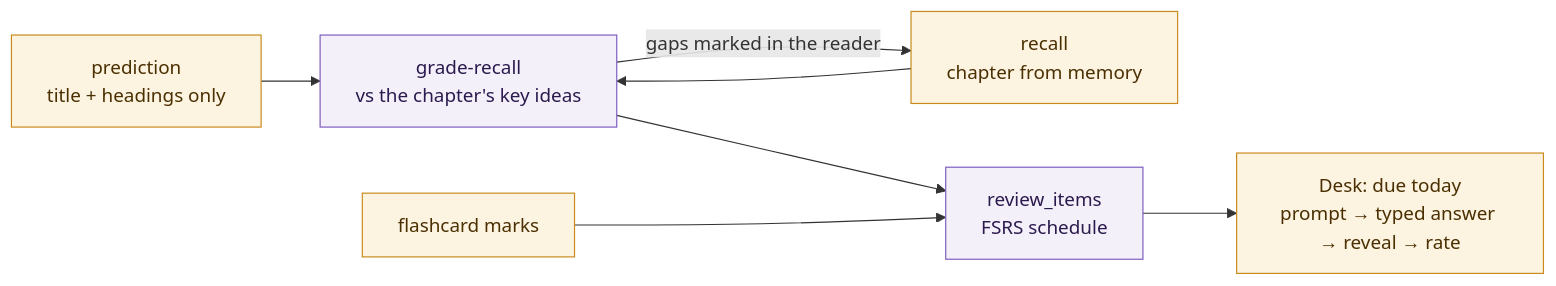
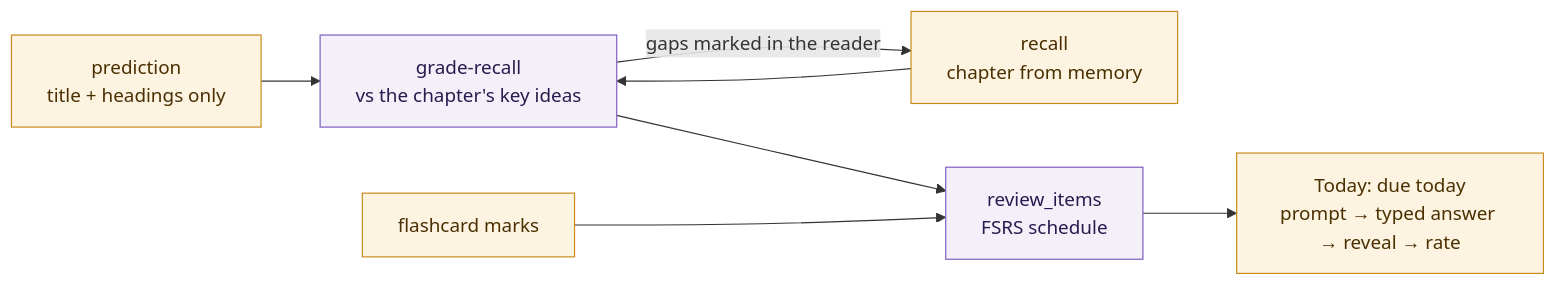
Diagram 11 of 15 in docs/ARCHITECTURE.md (agharsallah/bookshelf), drawn with Mermaid before and after one commit. The commit also changed other lines of this file and 1 other file, not shown here.

Commit message:
docs: Today as the home page, its two cached islands

````diff
--- a/docs/ARCHITECTURE.md
+++ b/docs/ARCHITECTURE.md
@@ -954,15 +954,15 @@
 ```mermaid
 flowchart LR
   classDef human fill:#fdf3e1,stroke:#c98a1b,color:#4a2f00
   classDef derived fill:#f4f0fa,stroke:#7c5cbf,color:#2b1a4d
   P["prediction<br/>title + headings only"]:::human
   R["recall<br/>chapter from memory"]:::human
   G["grade-recall<br/>vs the chapter's key ideas"]:::derived
   RV["review_items<br/>FSRS schedule"]:::derived
   FC["flashcard marks"]:::human
-  D["Desk: due today<br/>prompt → typed answer → reveal → rate"]:::human
+  D["Today: due today<br/>prompt → typed answer → reveal → rate"]:::human
   P --> G
   R --> G --> RV
   G -- "gaps marked in the reader" --> R
   FC --> RV --> D
 ```
````
